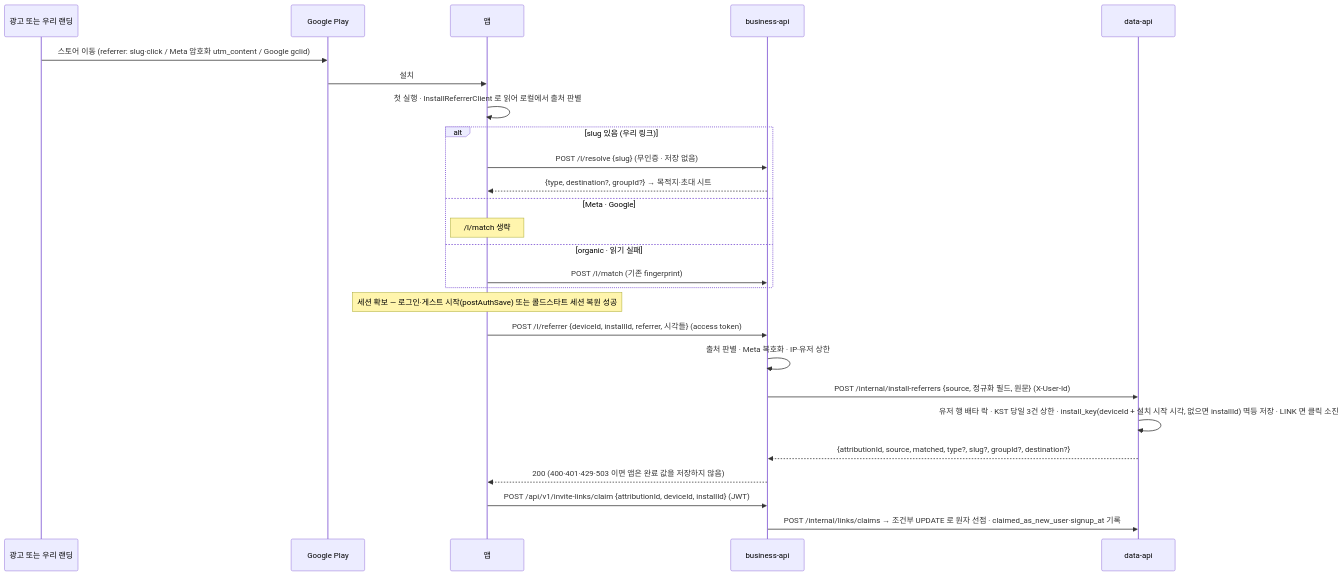
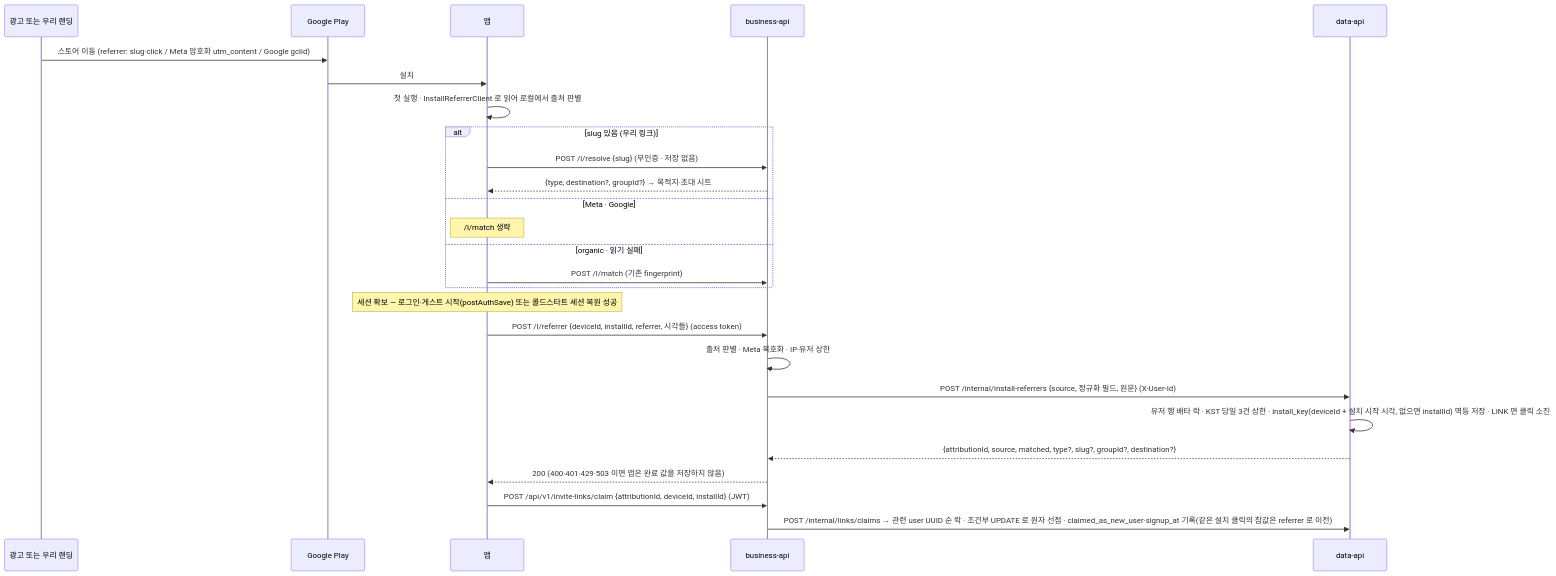
One commit to OneOrThree/phone changed the third of 4 diagrams in docs/prd/link-attribution/high-level-design.md. Above: the diagram before and after it, drawn with Mermaid. The commit also changed other lines of this file and 3 other files, not shown here.

````diff
--- a/docs/prd/link-attribution/high-level-design.md
+++ b/docs/prd/link-attribution/high-level-design.md
@@ -90,28 +90,28 @@
 ```mermaid
 sequenceDiagram
   participant Src as 광고 또는 우리 랜딩
   participant P as Google Play
   participant A as 앱
   participant B as business-api
   participant D as data-api
   Src->>P: 스토어 이동 (referrer: slug·click / Meta 암호화 utm_content / Google gclid)
   P->>A: 설치
   A->>A: 첫 실행 · InstallReferrerClient 로 읽어 로컬에서 출처 판별
   alt slug 있음 (우리 링크)
     A->>B: POST /l/resolve {slug} (무인증 · 저장 없음)
     B-->>A: {type, destination?, groupId?} → 목적지·초대 시트
   else Meta · Google
     Note over A: /l/match 생략
   else organic · 읽기 실패
     A->>B: POST /l/match (기존 fingerprint)
   end
   Note over A: 세션 확보 — 로그인·게스트 시작(postAuthSave) 또는 콜드스타트 세션 복원 성공
   A->>B: POST /l/referrer {deviceId, installId, referrer, 시각들} (access token)
   B->>B: 출처 판별 · Meta 복호화 · IP·유저 상한
   B->>D: POST /internal/install-referrers {source, 정규화 필드, 원문} (X-User-Id)
   D->>D: 유저 행 배타 락 · KST 당일 3건 상한 · install_key(deviceId + 설치 시작 시각, 없으면 installId) 멱등 저장 · LINK 면 클릭 소진
   D-->>B: {attributionId, source, matched, type?, slug?, groupId?, destination?}
   B-->>A: 200 (400·401·429·503 이면 앱은 완료 값을 저장하지 않음)
   A->>B: POST /api/v1/invite-links/claim {attributionId, deviceId, installId} (JWT)
-  B->>D: POST /internal/links/claims → 조건부 UPDATE 로 원자 선점 · claimed_as_new_user·signup_at 기록
+  B->>D: POST /internal/links/claims → 관련 user UUID 순 락 · 조건부 UPDATE 로 원자 선점 · claimed_as_new_user·signup_at 기록(같은 설치 클릭의 참값은 referrer 로 이전)
 ```
````
